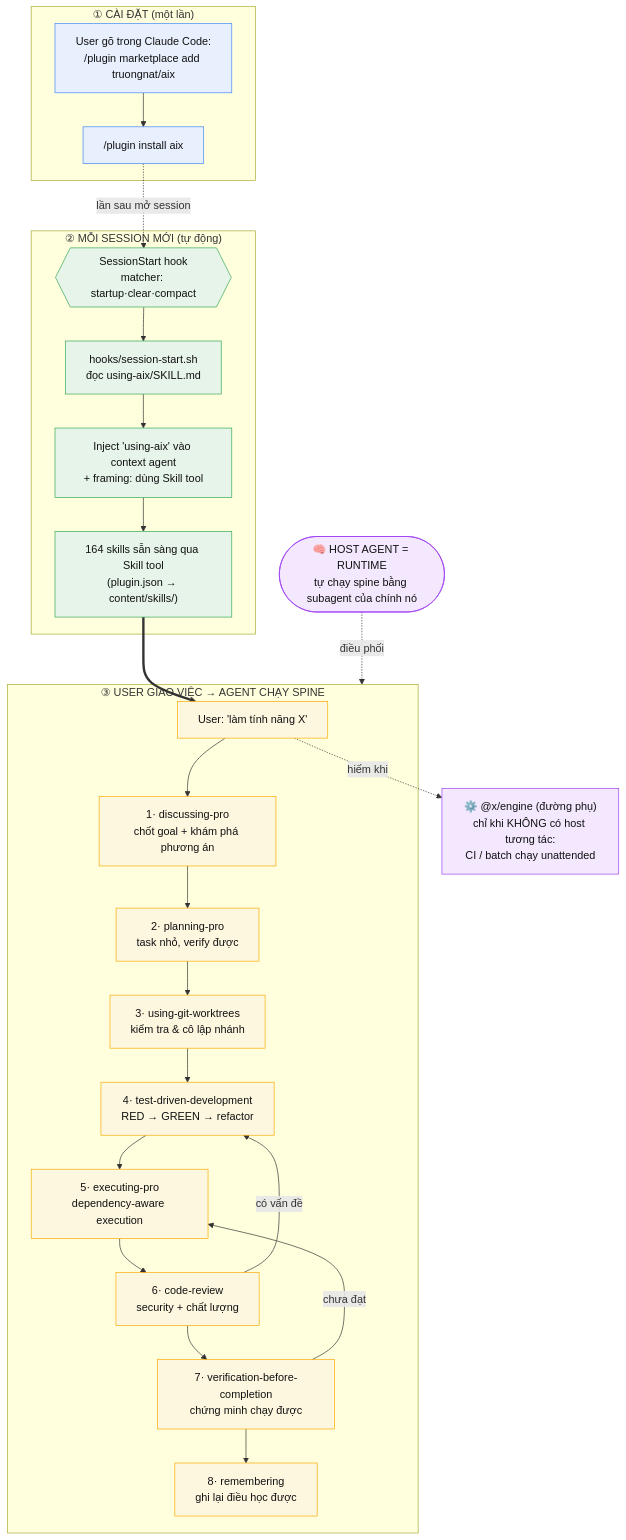
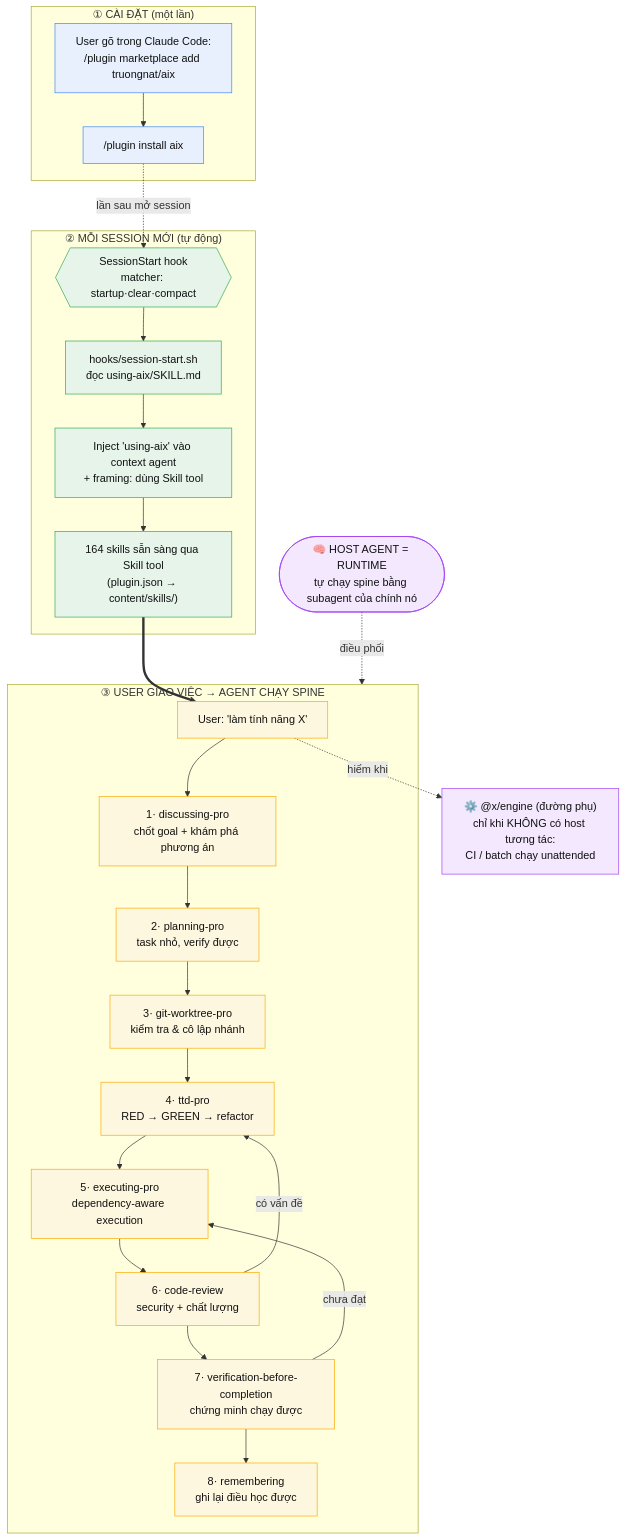
One commit to truongnat/aix changed the diagram in docs/user-journey.md. Above: the diagram before and after it, drawn with Mermaid. The commit also changed other lines of this file and 7 other files, not shown here.

Commit message:
feat: rename skills using-git-worktrees to git-worktree-pro and test-driven-development to ttd-pro

````diff
--- a/docs/user-journey.md
+++ b/docs/user-journey.md
@@ -16,50 +16,50 @@
 ```mermaid
 flowchart TD
     subgraph SETUP["①  CÀI ĐẶT (một lần)"]
         A1["User gõ trong Claude Code:<br/>/plugin marketplace add truongnat/aix"]
         A2["/plugin install aix"]
         A1 --> A2
     end
 
     subgraph START["②  MỖI SESSION MỚI (tự động)"]
         B1{{"SessionStart hook<br/>matcher: startup·clear·compact"}}
         B2["hooks/session-start.sh<br/>đọc using-aix/SKILL.md"]
         B3["Inject 'using-aix' vào context agent<br/>+ framing: dùng Skill tool"]
         B4["164 skills sẵn sàng qua Skill tool<br/>(plugin.json → content/skills/)"]
         B1 --> B2 --> B3 --> B4
     end
 
     subgraph WORK["③  USER GIAO VIỆC → AGENT CHẠY SPINE"]
         C0["User: 'làm tính năng X'"]
         C1["1· discussing-pro<br/>chốt goal + khám phá phương án"]
         C2["2· planning-pro<br/>task nhỏ, verify được"]
-        C3["3· using-git-worktrees<br/>kiểm tra & cô lập nhánh"]
-        C4["4· test-driven-development<br/>RED → GREEN → refactor"]
+        C3["3· git-worktree-pro<br/>kiểm tra & cô lập nhánh"]
+        C4["4· ttd-pro<br/>RED → GREEN → refactor"]
         C5["5· executing-pro<br/>dependency-aware execution"]
         C6["6· code-review<br/>security + chất lượng"]
         C7["7· verification-before-completion<br/>chứng minh chạy được"]
         C8["8· remembering<br/>ghi lại điều học được"]
         C0 --> C1 --> C2 --> C3 --> C4 --> C5 --> C6 --> C7 --> C8
     end
 
     A2 -.->|"lần sau mở session"| B1
     B4 ==> C0
 
     C6 -->|"có vấn đề"| C4
     C7 -->|"chưa đạt"| C5
 
     HOST(["🧠 HOST AGENT = RUNTIME<br/>tự chạy spine bằng subagent của chính nó"])
     HOST -.->|"điều phối"| WORK
 
     AUX["⚙️ @x/engine (đường phụ)<br/>chỉ khi KHÔNG có host tương tác:<br/>CI / batch chạy unattended"]
     C0 -.->|"hiếm khi"| AUX
 
     classDef setup fill:#e8f0fe,stroke:#4285f4,color:#111
     classDef start fill:#e6f4ea,stroke:#34a853,color:#111
     classDef spine fill:#fef7e0,stroke:#f9ab00,color:#111
     classDef aux fill:#f3e8fd,stroke:#a142f4,color:#111
     class A1,A2 setup
     class B1,B2,B3,B4 start
     class C0,C1,C2,C3,C4,C5,C6,C7,C8,C9 spine
     class AUX,HOST aux
 ```
````
